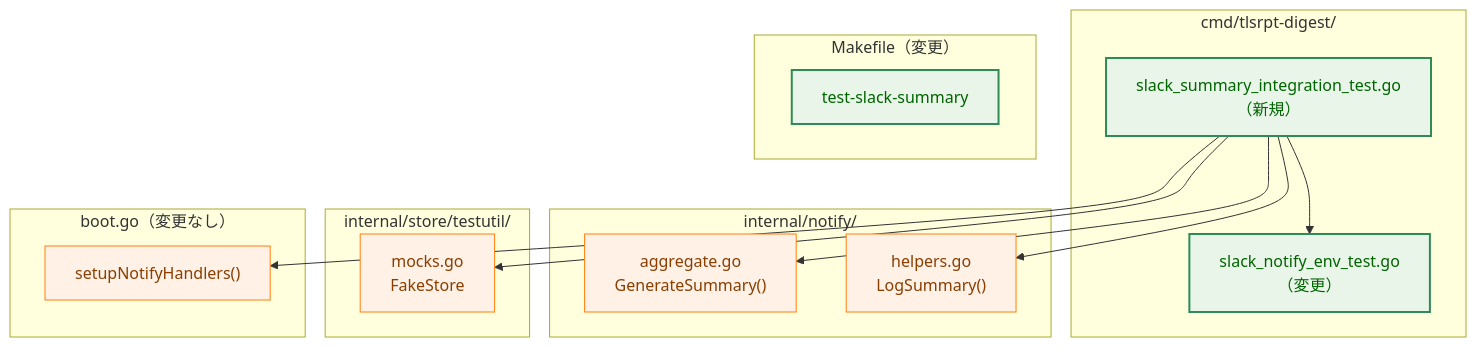
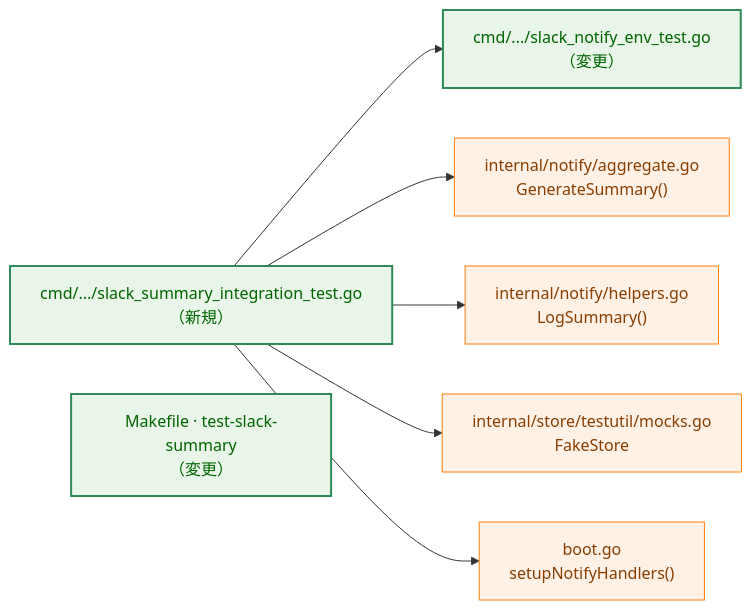
One commit to isseis/tlsrpt-digest changed the second of 6 diagrams in docs/tasks/0102_slack_summary_integration/02_architecture.md. Above: the diagram before and after it, drawn with Mermaid.

Commit message:
docs(0102): remove subgraphs from component diagram to fix hidden arrows

````diff
--- a/docs/tasks/0102_slack_summary_integration/02_architecture.md
+++ b/docs/tasks/0102_slack_summary_integration/02_architecture.md
@@ -65,37 +65,22 @@
 ```mermaid
-graph TB
+flowchart LR
     classDef process fill:#fff1e6,stroke:#ff7f0e,stroke-width:1px,color:#8a3e00;
     classDef enhanced fill:#e8f5e8,stroke:#2e8b57,stroke-width:2px,color:#006400;
-    classDef data fill:#e6f7ff,stroke:#1f77b4,stroke-width:1px,color:#0b3d91;
 
-    subgraph cmd ["cmd/tlsrpt-digest/"]
-        ENV["slack_notify_env_test.go<br>（変更）"]
-        INT["slack_summary_integration_test.go<br>（新規）"]
-    end
-
-    subgraph internal_notify ["internal/notify/"]
-        GEN["aggregate.go<br>GenerateSummary()"]
-        LOG["helpers.go<br>LogSummary()"]
-    end
-
-    subgraph internal_store ["internal/store/testutil/"]
-        FAKE["mocks.go<br>FakeStore"]
-    end
-
-    subgraph boot ["boot.go（変更なし）"]
-        SETUP["setupNotifyHandlers()"]
-    end
-
-    subgraph mk ["Makefile（変更）"]
-        TARGET["test-slack-summary"]
-    end
+    INT["cmd/.../slack_summary_integration_test.go<br>（新規）"]
+    ENV["cmd/.../slack_notify_env_test.go<br>（変更）"]
+    TARGET["Makefile · test-slack-summary<br>（変更）"]
+    GEN["internal/notify/aggregate.go<br>GenerateSummary()"]
+    LOG["internal/notify/helpers.go<br>LogSummary()"]
+    FAKE["internal/store/testutil/mocks.go<br>FakeStore"]
+    SETUP["boot.go<br>setupNotifyHandlers()"]
 
     INT --> ENV
     INT --> GEN
     INT --> LOG
     INT --> FAKE
     INT --> SETUP
 
-    class ENV,INT,TARGET enhanced
+    class INT,ENV,TARGET enhanced
     class GEN,LOG,FAKE,SETUP process
 ```
````
